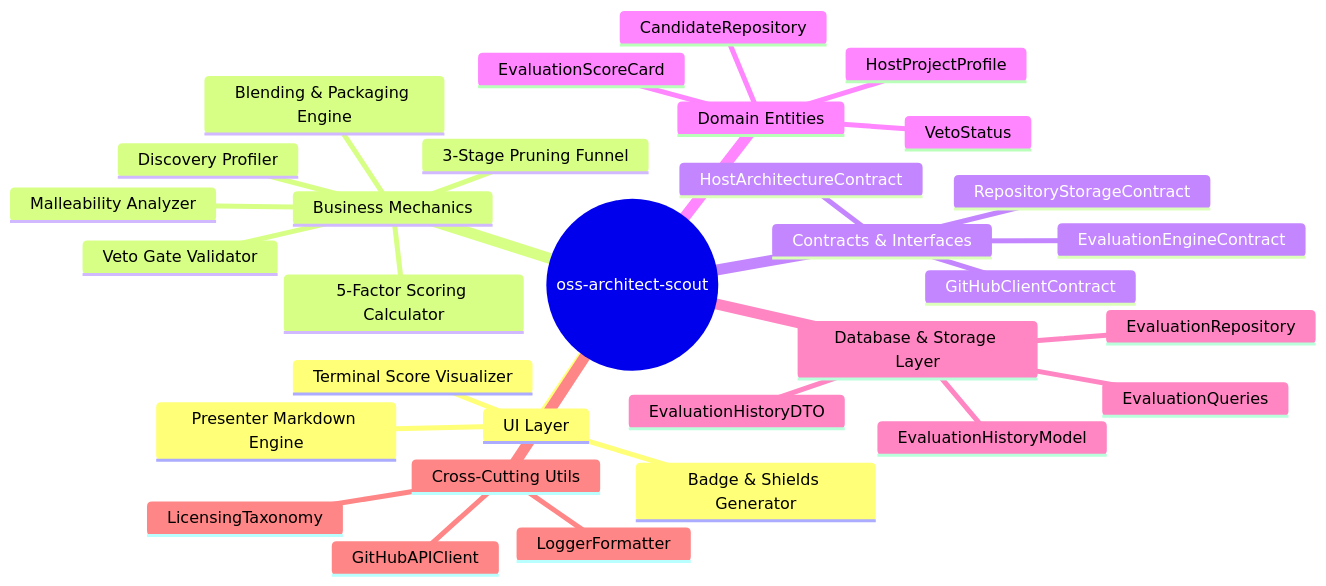
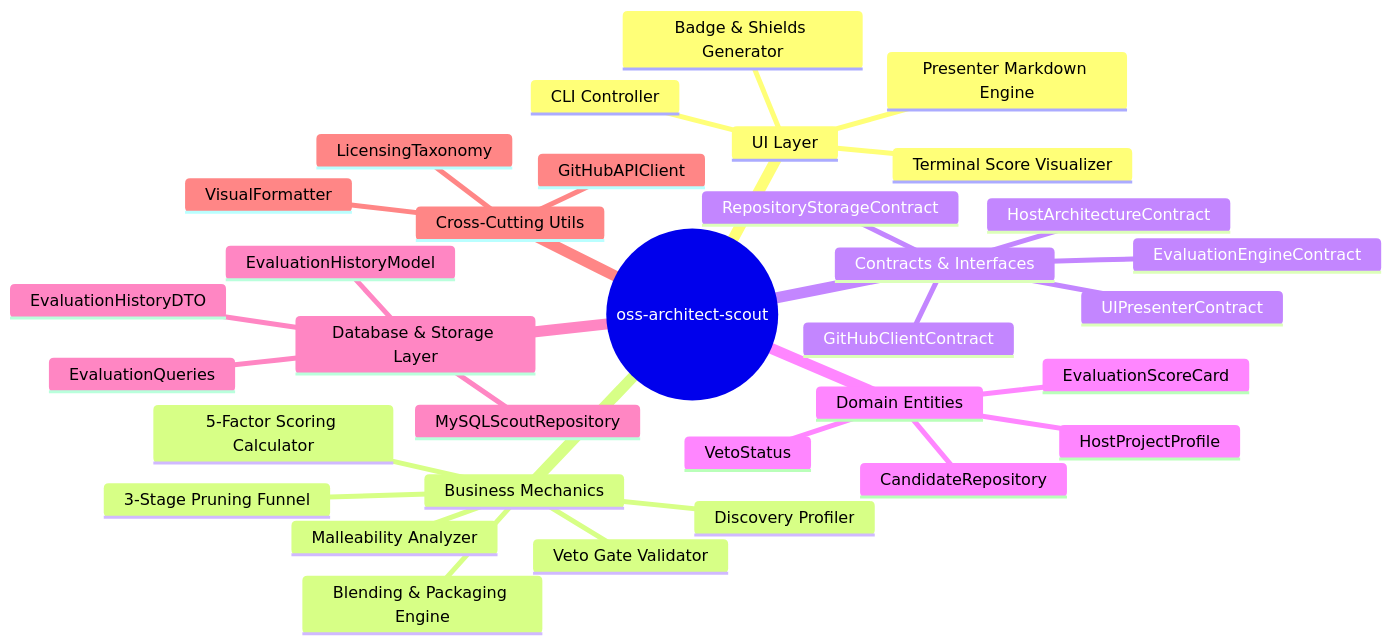
The first of 2 diagrams in specs/ROADMAP.md (Armin-MA/oss-architect-scout), drawn with Mermaid before and after one commit. The commit also changed other lines of this file and 82 other files, not shown here.

````diff
--- a/specs/ROADMAP.md
+++ b/specs/ROADMAP.md
@@ -5,34 +5,36 @@
 ```mermaid
 mindmap
   root((oss-architect-scout))
     UI Layer
       Presenter Markdown Engine
       Terminal Score Visualizer
       Badge & Shields Generator
+      CLI Controller
     Business Mechanics
       Discovery Profiler
       3-Stage Pruning Funnel
       Veto Gate Validator
       5-Factor Scoring Calculator
       Malleability Analyzer
       Blending & Packaging Engine
     Contracts & Interfaces
       HostArchitectureContract
       GitHubClientContract
       EvaluationEngineContract
       RepositoryStorageContract
+      UIPresenterContract
     Domain Entities
       CandidateRepository
       EvaluationScoreCard
       HostProjectProfile
       VetoStatus
     Database & Storage Layer
       EvaluationHistoryModel
       EvaluationHistoryDTO
       EvaluationQueries
-      EvaluationRepository
+      MySQLScoutRepository
     Cross-Cutting Utils
       GitHubAPIClient
       LicensingTaxonomy
-      LoggerFormatter
+      VisualFormatter
 ```
````
